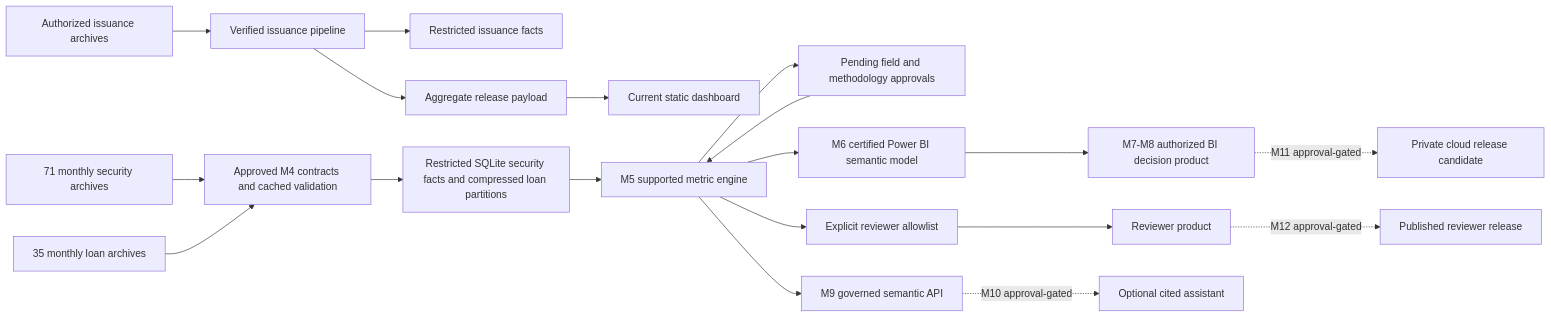
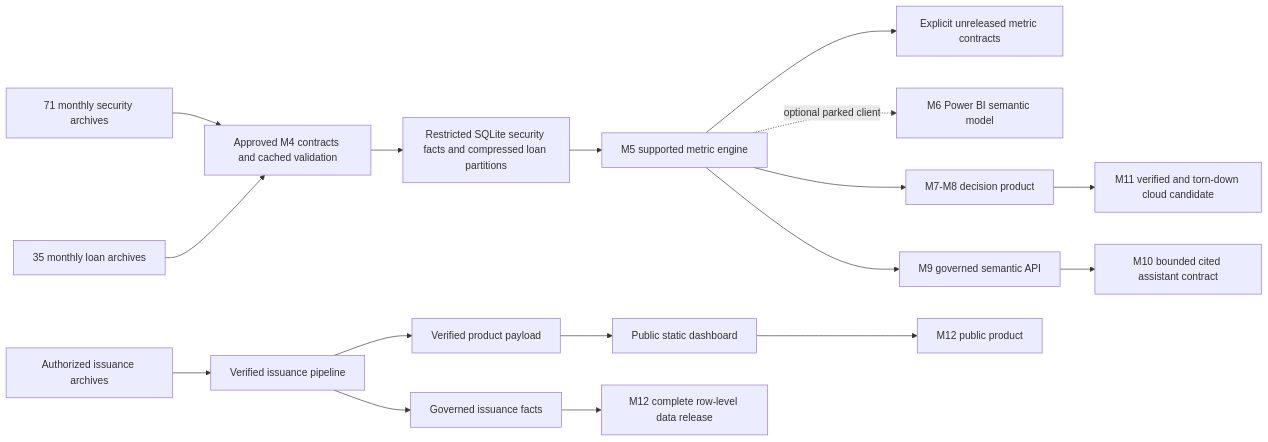
The diagram in architecture/system.mmd (vaibhavkhuranaaa/freddie-mac-mbs-disclosure-analytics), drawn with Mermaid before and after one commit. The commit also changed 8 other files, not shown here.

Commit message:
docs: finalize public release records

```diff
--- a/architecture/system.mmd
+++ b/architecture/system.mmd
@@ -1,19 +1,17 @@
 flowchart LR
   A[Authorized issuance archives] --> B[Verified issuance pipeline]
-  B --> C[Restricted issuance facts]
-  B --> D[Aggregate release payload]
-  D --> E[Current static dashboard]
+  B --> C[Governed issuance facts]
+  B --> D[Verified product payload]
+  D --> E[Public static dashboard]
   F[71 monthly security archives] --> G[Approved M4 contracts and cached validation]
   H[35 monthly loan archives] --> G
   G --> I[Restricted SQLite security facts and compressed loan partitions]
   I --> J[M5 supported metric engine]
-  J --> S[Pending field and methodology approvals]
-  S --> J
-  J --> K[M6 certified Power BI semantic model]
-  K --> L[M7-M8 authorized BI decision product]
-  J --> M[Explicit reviewer allowlist]
-  M --> N[Reviewer product]
+  J --> S[Explicit unreleased metric contracts]
+  J -. optional parked client .-> K[M6 Power BI semantic model]
+  J --> L[M7-M8 decision product]
   J --> O[M9 governed semantic API]
-  O -. M10 approval-gated .-> P[Optional cited assistant]
-  L -. M11 approval-gated .-> Q[Private cloud release candidate]
-  N -. M12 approval-gated .-> R[Published reviewer release]
+  O --> P[M10 bounded cited assistant contract]
+  L --> Q[M11 verified and torn-down cloud candidate]
+  E --> R[M12 public product]
+  C --> T[M12 complete row-level data release]
```
